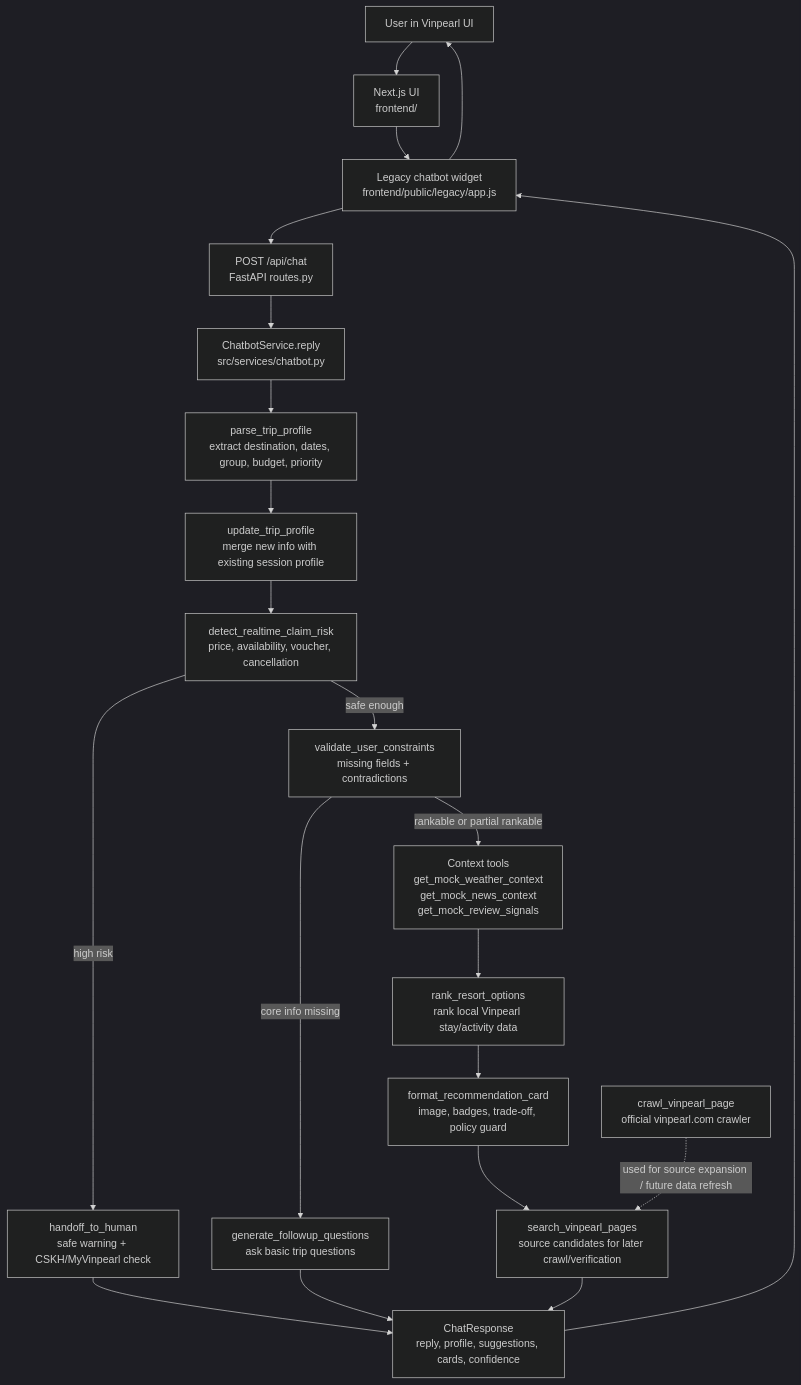
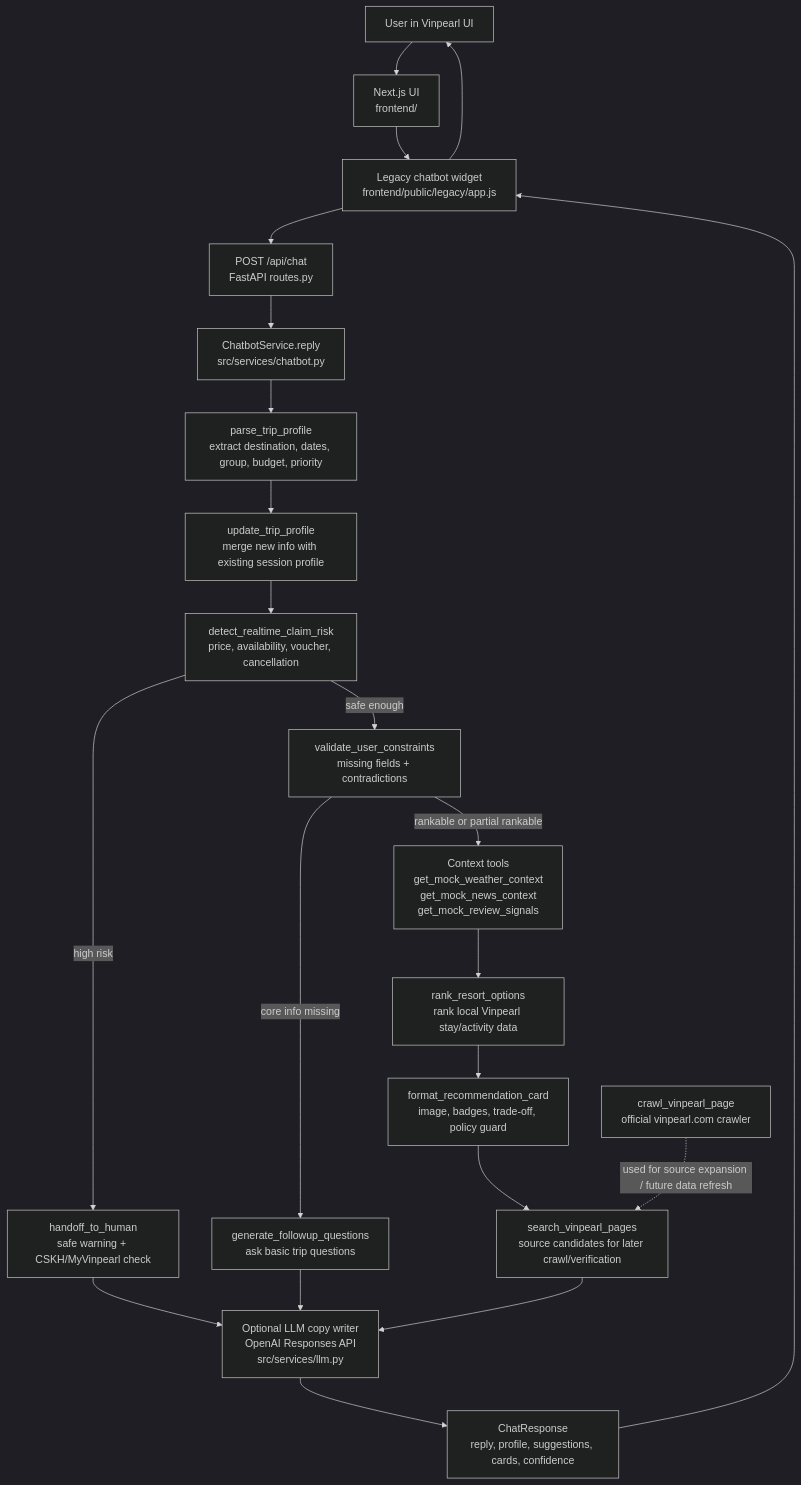
Before and after one commit to minhhai203/mini-hackathon-vinuni: the diagram in README.md, drawn with Mermaid (dark theme). The commit also changed other lines of this file and 8 other files, not shown here.

````diff
--- a/README.md
+++ b/README.md
@@ -214,29 +224,30 @@
 ```mermaid
 flowchart TD
     U["User in Vinpearl UI"] --> FE["Next.js UI\nfrontend/"]
     FE --> W["Legacy chatbot widget\nfrontend/public/legacy/app.js"]
     W --> API["POST /api/chat\nFastAPI routes.py"]
     API --> S["ChatbotService.reply\nsrc/services/chatbot.py"]
 
     S --> P["parse_trip_profile\nextract destination, dates, group, budget, priority"]
     P --> UP["update_trip_profile\nmerge new info with existing session profile"]
     UP --> RISK["detect_realtime_claim_risk\nprice, availability, voucher, cancellation"]
 
     RISK -->|"high risk"| H["handoff_to_human\nsafe warning + CSKH/MyVinpearl check"]
-    H --> OUT["ChatResponse\nreply, profile, suggestions, cards, confidence"]
+    H --> LLM["Optional LLM copy writer\nOpenAI Responses API\nsrc/services/llm.py"]
+    LLM --> OUT["ChatResponse\nreply, profile, suggestions, cards, confidence"]
 
     RISK -->|"safe enough"| VAL["validate_user_constraints\nmissing fields + contradictions"]
     VAL -->|"core info missing"| Q["generate_followup_questions\nask basic trip questions"]
-    Q --> OUT
+    Q --> LLM
 
     VAL -->|"rankable or partial rankable"| CTX["Context tools\nget_mock_weather_context\nget_mock_news_context\nget_mock_review_signals"]
     CTX --> RANK["rank_resort_options\nrank local Vinpearl stay/activity data"]
     RANK --> CARD["format_recommendation_card\nimage, badges, trade-off, policy guard"]
     CARD --> SRC["search_vinpearl_pages\nsource candidates for later crawl/verification"]
-    SRC --> OUT
+    SRC --> LLM
 
     OUT --> W
     W --> U
 
     CRAWL["crawl_vinpearl_page\nofficial vinpearl.com crawler"] -. "used for source expansion / future data refresh" .-> SRC
 ```
````
